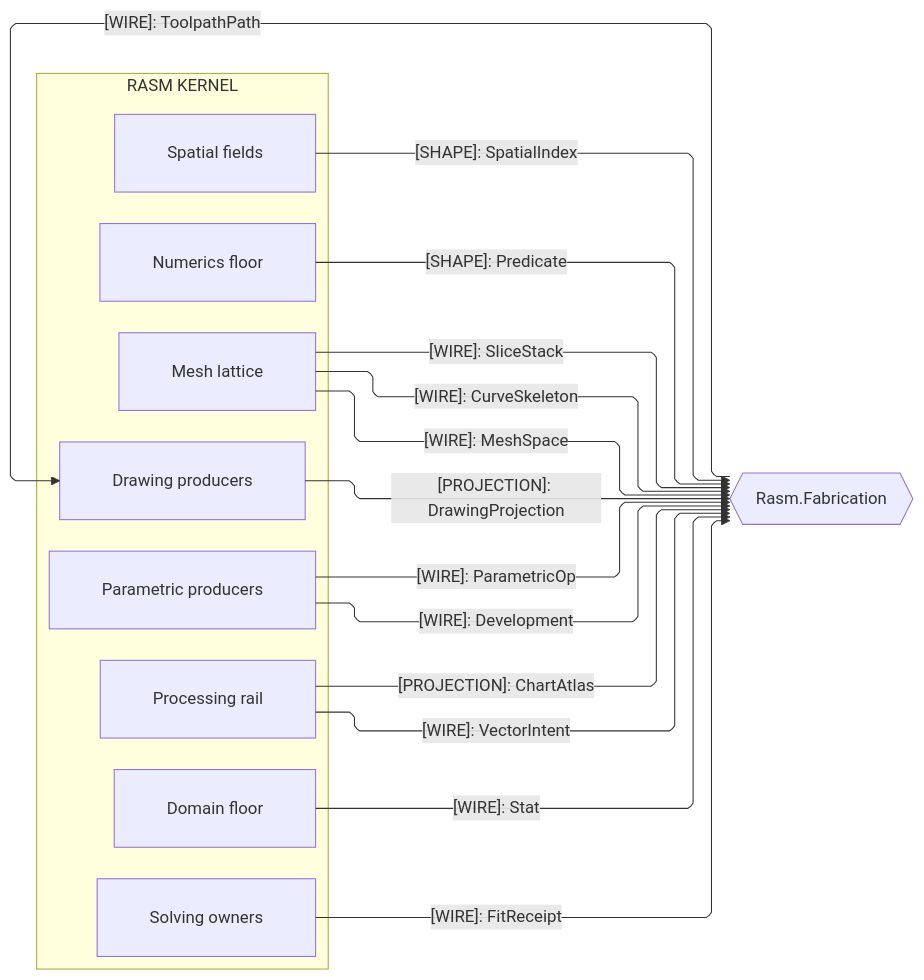
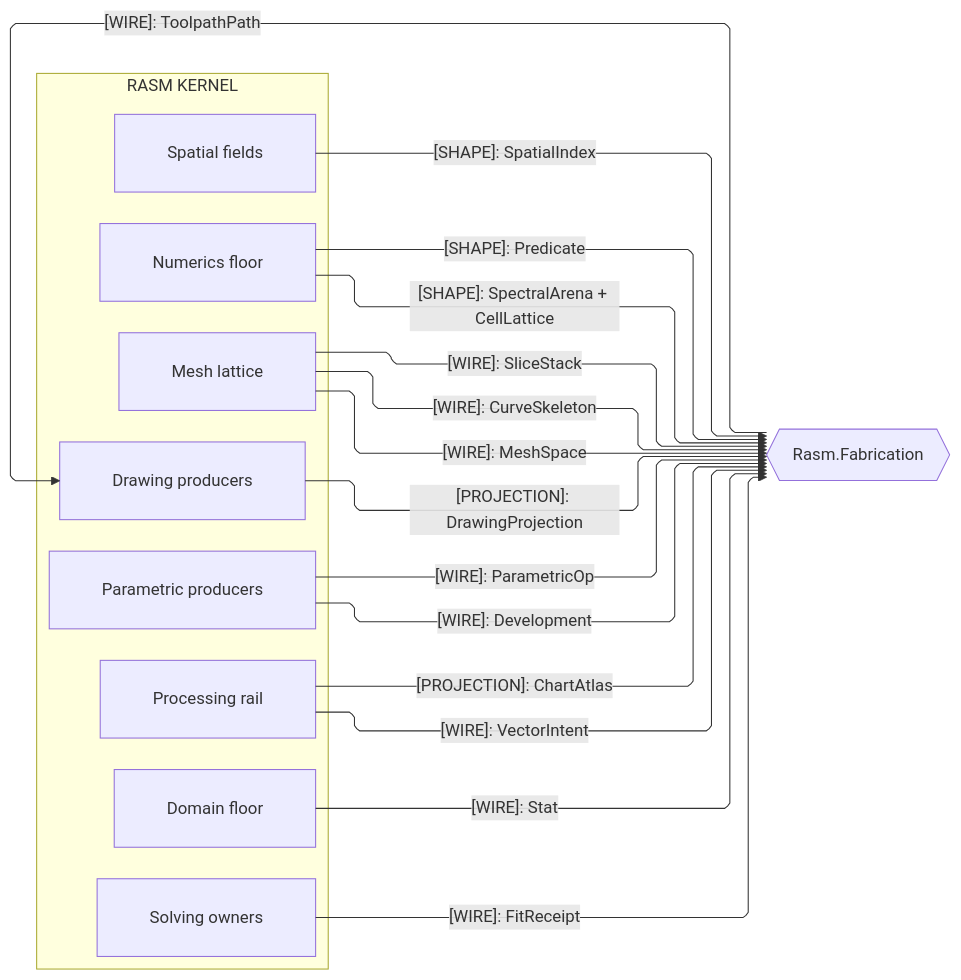
Before and after one commit to bsamiee/Rasm: the third of 4 diagrams in libs/csharp/Rasm/ARCHITECTURE.md, drawn with Mermaid. The commit also changed other lines of this file and 24 other files, not shown here.

````diff
--- a/libs/csharp/Rasm/ARCHITECTURE.md
+++ b/libs/csharp/Rasm/ARCHITECTURE.md
@@ -226,36 +256,37 @@
 ```mermaid
 ---
 config:
   layout: elk
   flowchart:
     curve: linear
     padding: 25
 ---
 flowchart LR
     accTitle: Kernel fabrication seams
     accDescr: Kernel owners projecting substrate, algorithm, and drawing shapes to the fabrication peer and reading its posted toolpath pack back.
     subgraph rasm[RASM KERNEL]
         Domain[Domain floor]
         Spatial[Spatial fields]
         Numerics[Numerics floor]
         Meshing[Mesh lattice]
         Parametric[Parametric producers]
         Processing[Processing rail]
         Solving[Solving owners]
         Drawing[Drawing producers]
     end
     Fabrication{{Rasm.Fabrication}}
     Spatial e1@-->|"[SHAPE]: SpatialIndex"| Fabrication
     Numerics e2@-->|"[SHAPE]: Predicate"| Fabrication
+    Numerics e14@-->|"[SHAPE]: SpectralArena + CellLattice"| Fabrication
     Meshing e3@-->|"[WIRE]: SliceStack"| Fabrication
     Meshing e4@-->|"[WIRE]: CurveSkeleton"| Fabrication
     Parametric e5@-->|"[WIRE]: ParametricOp"| Fabrication
     Processing e6@-->|"[PROJECTION]: ChartAtlas"| Fabrication
     Drawing e7@-->|"[PROJECTION]: DrawingProjection"| Fabrication
     Meshing e8@-->|"[WIRE]: MeshSpace"| Fabrication
     Parametric e9@-->|"[WIRE]: Development"| Fabrication
     Processing e10@-->|"[WIRE]: VectorIntent"| Fabrication
     Domain e11@-->|"[WIRE]: Stat"| Fabrication
     Solving e12@-->|"[WIRE]: FitReceipt"| Fabrication
     Fabrication e13@-->|"[WIRE]: ToolpathPath"| Drawing
 ```
````
